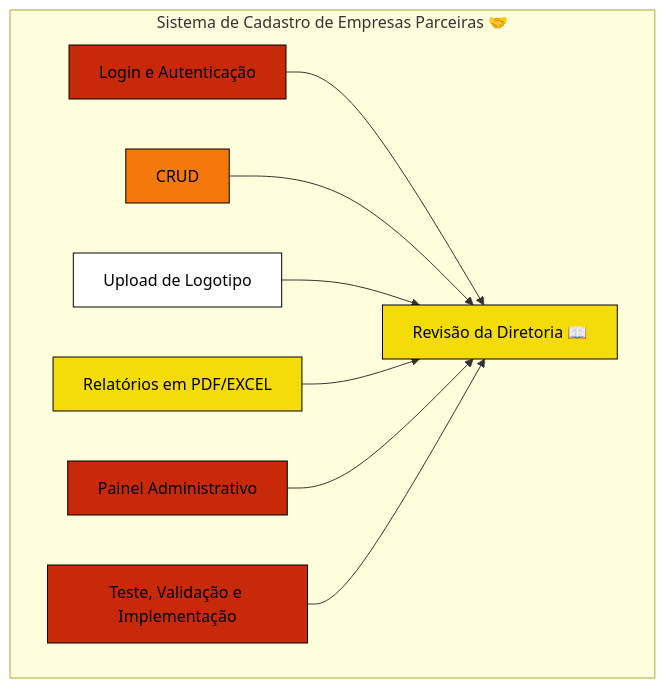
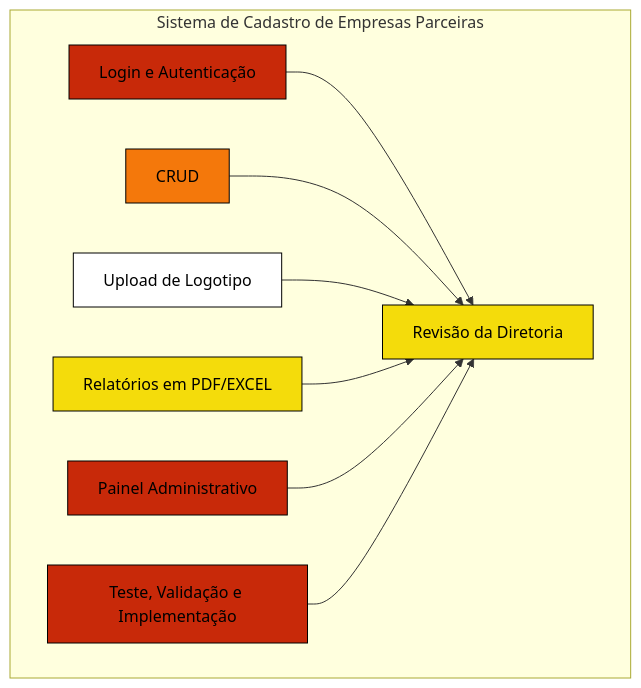
Before and after one commit to MaxPichy/teste_gannt3: the second of 2 diagrams in ATIVIDADE1.md, drawn with Mermaid.

````diff
--- a/ATIVIDADE1.md
+++ b/ATIVIDADE1.md
@@ -35,19 +35,19 @@
 ```mermaid
 graph TD
 
     classDef white color:#000, fill:#FFF, stroke:#000, stroke-width:1px;
     classDef yellow color:#000, fill:#F4DC0B, stroke:#000, stroke-width:1px;
     classDef orange color:#000, fill:#F4780B, stroke:#000, stroke-width:1px;
     classDef red color:#000, fill:#C82909, stroke:#000, stroke-width:1px;
 
-    subgraph "Sistema de Cadastro de Empresas Parceiras 🤝"
+    subgraph "Sistema de Cadastro de Empresas Parceiras"
         A1["Login e Autenticação"]:::red-->             B1
         A2["CRUD"]:::orange-->                          B1
         A3["Upload de Logotipo"]:::white-->             B1
         A4["Relatórios em PDF/EXCEL"]:::yellow-->       B1
         A5["Painel Administrativo"]:::red-->            B1
         A6["Teste, Validação e Implementação"]:::red--> B1
 
-        B1["Revisão da Diretoria 📖"]:::yellow
+        B1["Revisão da Diretoria"]:::yellow
     end
 ```
````
